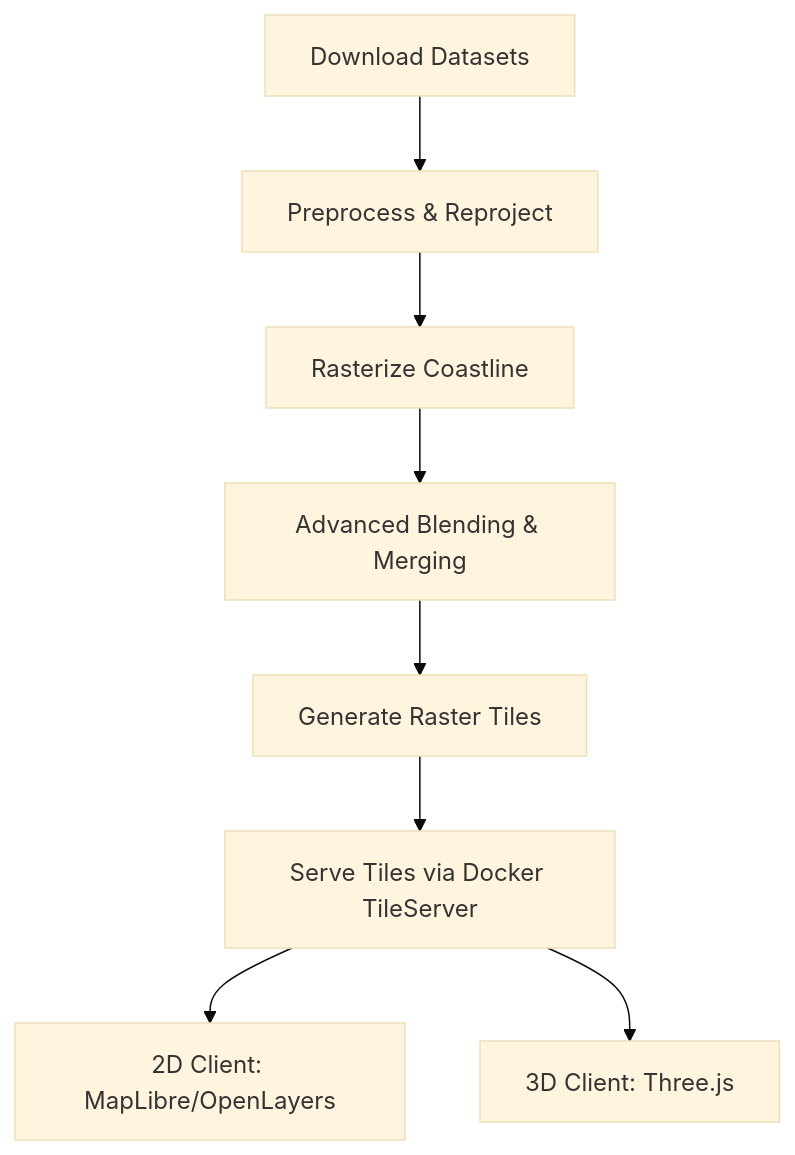
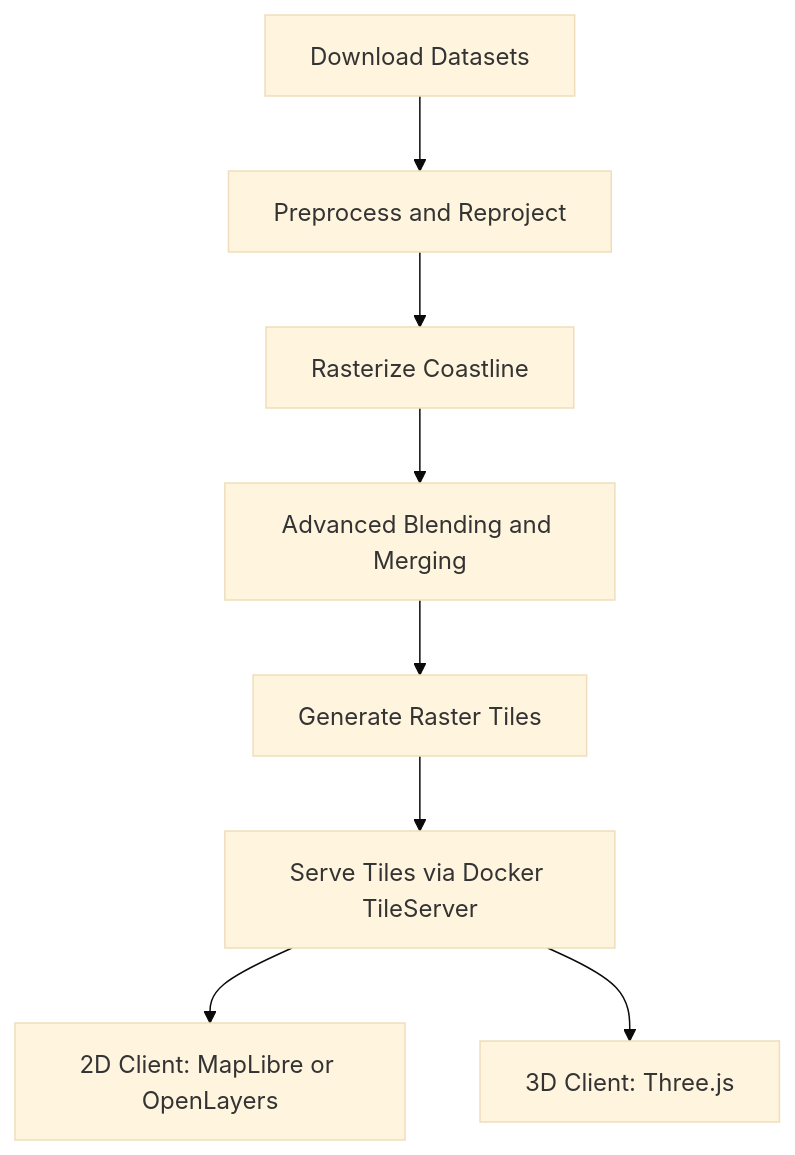
One commit to eliaspeteri/ship-sim changed the diagram in docs/features/coastline-bathymetry.md. Above: the diagram before and after it, drawn with Mermaid (base theme). The commit also changed other lines of this file, not shown here.

Commit message:
docs: restructure coastline and bathymetric data documentation for clarity and detail

````diff
--- a/docs/features/coastline-bathymetry.md
+++ b/docs/features/coastline-bathymetry.md
@@ -571,10 +614,10 @@
 ```mermaid
 graph TD
-    A[Download Datasets] --> B[Preprocess & Reproject]
-    B --> C[Rasterize Coastline]
-    C --> D[Advanced Blending & Merging]
-    D --> E[Generate Raster Tiles]
-    E --> F[Serve Tiles via Docker TileServer]
-    F --> G2D[2D Client: MapLibre/OpenLayers]
-    F --> G3D[3D Client: Three.js]
+    DownloadDatasets[Download Datasets] --> PreprocessReproject[Preprocess and Reproject]
+    PreprocessReproject --> RasterizeCoastline[Rasterize Coastline]
+    RasterizeCoastline --> AdvancedBlendingMerging[Advanced Blending and Merging]
+    AdvancedBlendingMerging --> GenerateRasterTiles[Generate Raster Tiles]
+    GenerateRasterTiles --> ServeTilesDocker[Serve Tiles via Docker TileServer]
+    ServeTilesDocker --> Client2D[2D Client: MapLibre or OpenLayers]
+    ServeTilesDocker --> Client3D[3D Client: Three.js]
 ```
````
